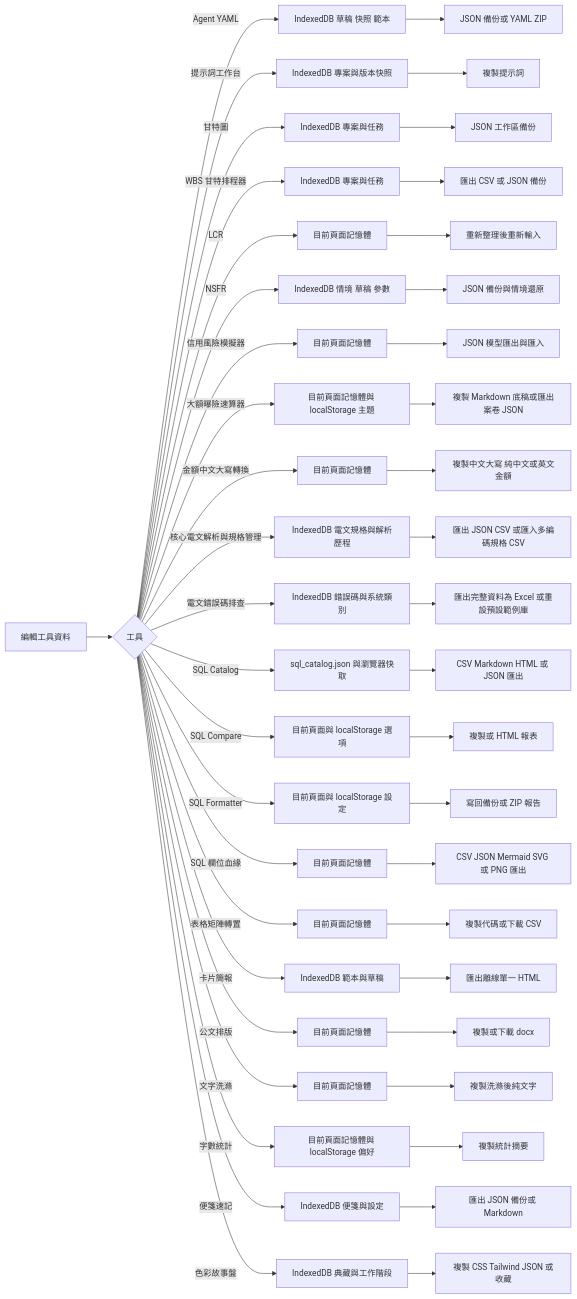
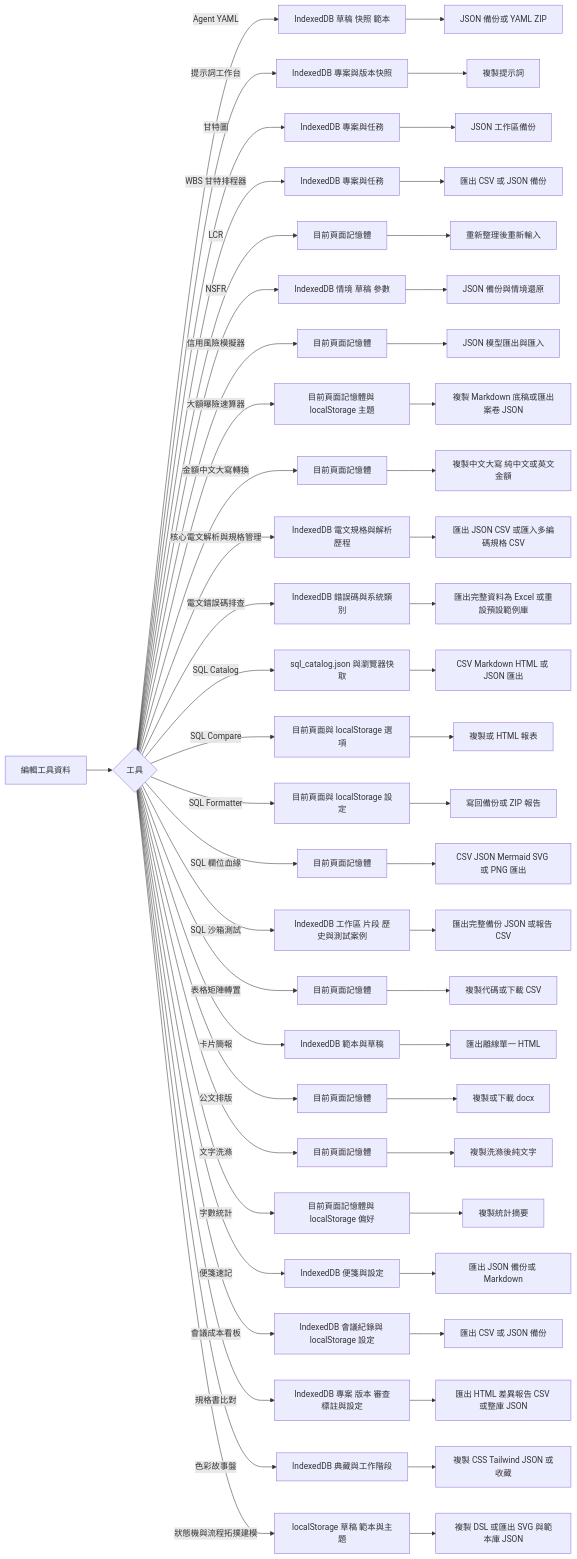
One commit to DunkLiao/my-spa-tools changed diagram 29 of 29 in README.md. Above: the diagram before and after it, drawn with Mermaid. The commit also changed other lines of this file and 6 other files, not shown here.

````diff
--- a/README.md
+++ b/README.md
@@ -1277,48 +1553,56 @@
 ```mermaid
 flowchart LR
     A[編輯工具資料] --> B{工具}
     B -->|Agent YAML| C[IndexedDB 草稿 快照 範本]
     B -->|提示詞工作台| AE[IndexedDB 專案與版本快照]
     B -->|甘特圖| D[IndexedDB 專案與任務]
     B -->|WBS 甘特排程器| WG[IndexedDB 專案與任務]
     B -->|LCR| E[目前頁面記憶體]
     B -->|NSFR| K[IndexedDB 情境 草稿 參數]
     B -->|信用風險模擬器| U[目前頁面記憶體]
     B -->|大額曝險速算器| AK[目前頁面記憶體與 localStorage 主題]
     B -->|金額中文大寫轉換| MU[目前頁面記憶體]
     B -->|核心電文解析與規格管理| AT[IndexedDB 電文規格與解析歷程]
     B -->|電文錯誤碼排查| AZ[IndexedDB 錯誤碼與系統類別]
     B -->|SQL Catalog| I[sql_catalog.json 與瀏覽器快取]
     B -->|SQL Compare| M[目前頁面與 localStorage 選項]
     B -->|SQL Formatter| N[目前頁面與 localStorage 設定]
     B -->|SQL 欄位血緣| R[目前頁面記憶體]
+    B -->|SQL 沙箱測試| SJ[IndexedDB 工作區 片段 歷史與測試案例]
     B -->|表格矩陣轉置| AG[目前頁面記憶體]
     B -->|卡片簡報| W[IndexedDB 範本與草稿]
     B -->|公文排版| Y[目前頁面記憶體]
     B -->|文字洗滌| AC[目前頁面記憶體]
     B -->|字數統計| WB[目前頁面記憶體與 localStorage 偏好]
     B -->|便箋速記| SP[IndexedDB 便箋與設定]
+    B -->|會議成本看板| CB[IndexedDB 會議紀錄與 localStorage 設定]
+    B -->|規格書比對| SD2[IndexedDB 專案 版本 審查標註與設定]
     B -->|色彩故事盤| AA[IndexedDB 典藏與工作階段]
+    B -->|狀態機與流程拓撲建模| SF[localStorage 草稿 範本與主題]
     C --> F[JSON 備份或 YAML ZIP]
     D --> G[JSON 工作區備份]
     WG --> WJ[匯出 CSV 或 JSON 備份]
     E --> H[重新整理後重新輸入]
     K --> L[JSON 備份與情境還原]
     U --> V[JSON 模型匯出與匯入]
     AK --> AN[複製 Markdown 底稿或匯出案卷 JSON]
     MU --> MV[複製中文大寫 純中文或英文金額]
     AT --> AY[匯出 JSON CSV 或匯入多編碼規格 CSV]
     AZ --> BA[匯出完整資料為 Excel 或重設預設範例庫]
     I --> J[CSV Markdown HTML 或 JSON 匯出]
     M --> O[複製或 HTML 報表]
     N --> P[寫回備份或 ZIP 報告]
     R --> S[CSV JSON Mermaid SVG 或 PNG 匯出]
+    SJ --> SK[匯出完整備份 JSON 或報告 CSV]
     AG --> AH[複製代碼或下載 CSV]
     W --> X[匯出離線單一 HTML]
     Y --> Z[複製或下載 docx]
     AC --> AD[複製洗滌後純文字]
     WB --> WE[複製統計摘要]
     SP --> SR[匯出 JSON 備份或 Markdown]
+    CB --> CS[匯出 CSV 或 JSON 備份]
+    SD2 --> SW[匯出 HTML 差異報告 CSV 或整庫 JSON]
     AA --> AB[複製 CSS Tailwind JSON 或收藏]
+    SF --> ST[複製 DSL 或匯出 SVG 與範本庫 JSON]
     AE --> AF[複製提示詞]
 ```
````
